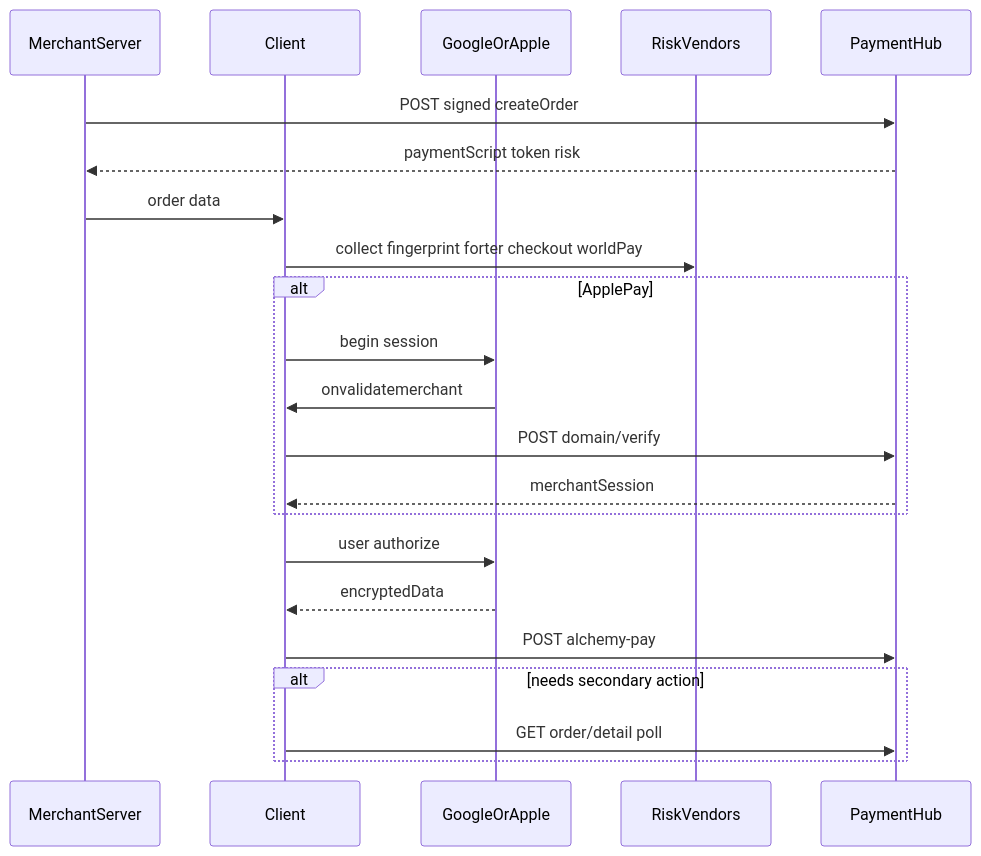
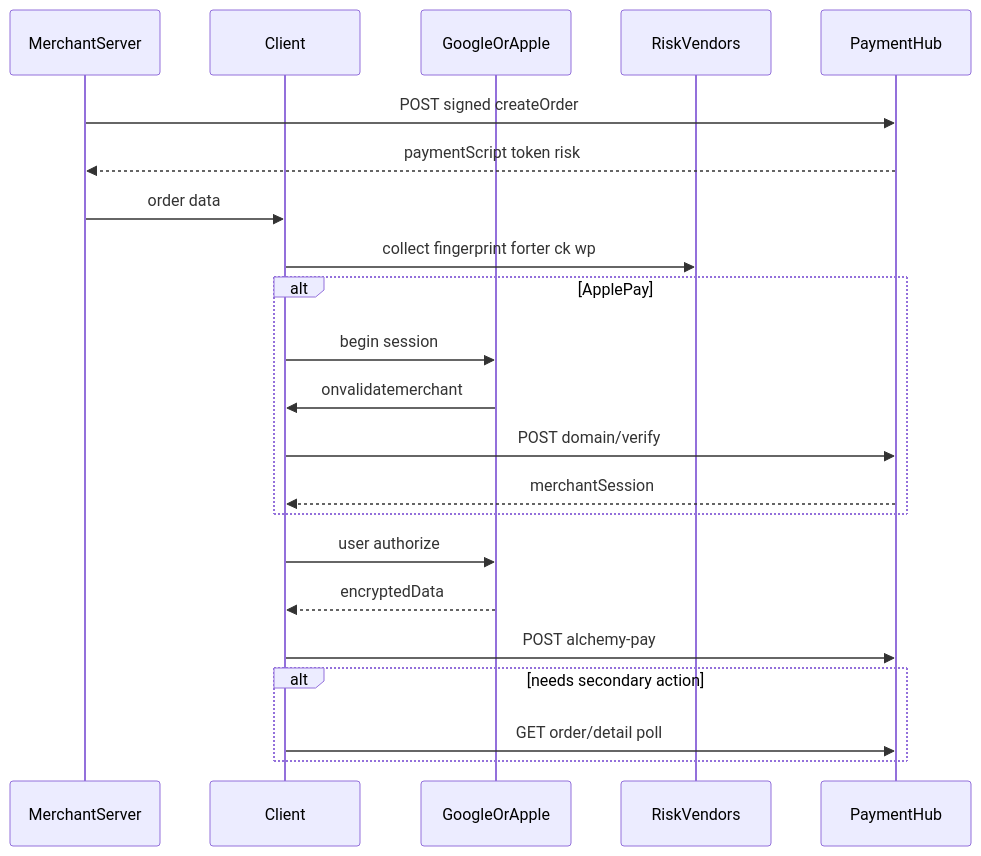
Before and after one commit to zhizi1005/pay-sdk-mvp: the diagram in self-wallet/WALLET_API.md, drawn with Mermaid. The commit also changed other lines of this file and 10 other files, not shown here.

````diff
--- a/self-wallet/WALLET_API.md
+++ b/self-wallet/WALLET_API.md
@@ -45,25 +45,25 @@
 ```mermaid
 sequenceDiagram
   participant MerchantServer
   participant Client
   participant Wallet as GoogleOrApple
   participant Risk as RiskVendors
   participant Hub as PaymentHub
 
   MerchantServer->>Hub: POST signed createOrder
   Hub-->>MerchantServer: paymentScript token risk
   MerchantServer->>Client: order data
-  Client->>Risk: collect fingerprint forter checkout worldPay
+  Client->>Risk: collect fingerprint forter ck wp
   alt ApplePay
     Client->>Wallet: begin session
     Wallet->>Client: onvalidatemerchant
     Client->>Hub: POST domain/verify
     Hub-->>Client: merchantSession
   end
   Client->>Wallet: user authorize
   Wallet-->>Client: encryptedData
   Client->>Hub: POST alchemy-pay
   alt needs secondary action
     Client->>Hub: GET order/detail poll
   end
 ```
````
